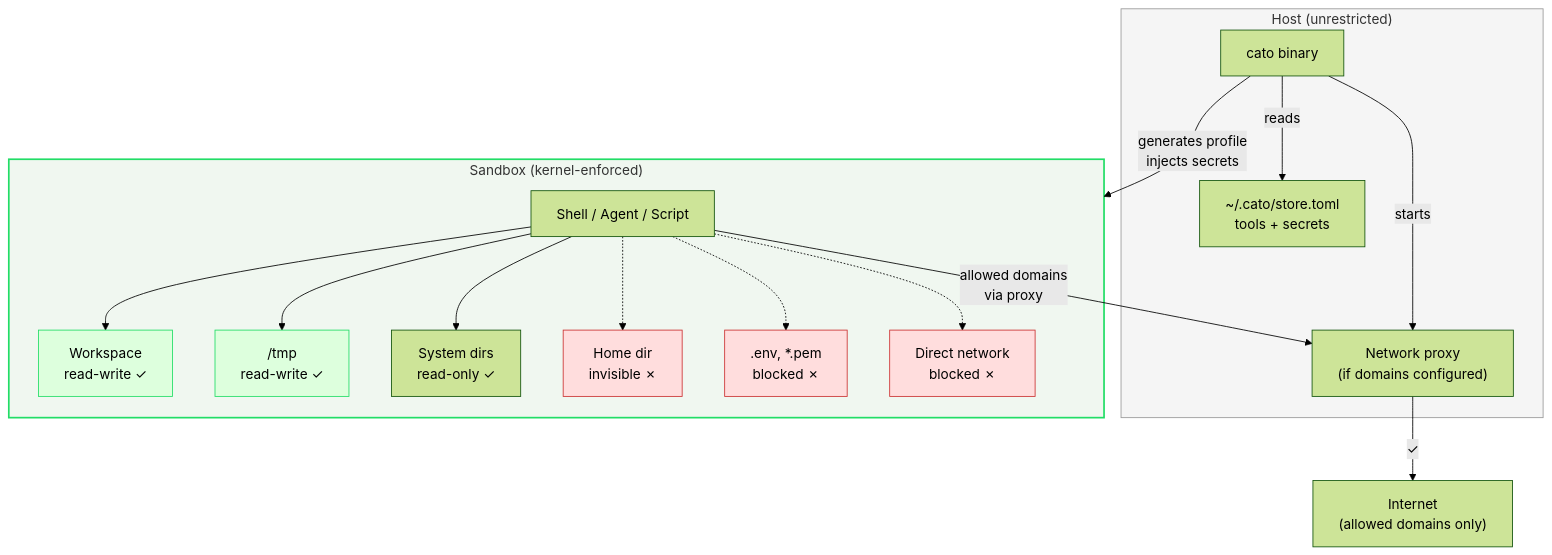
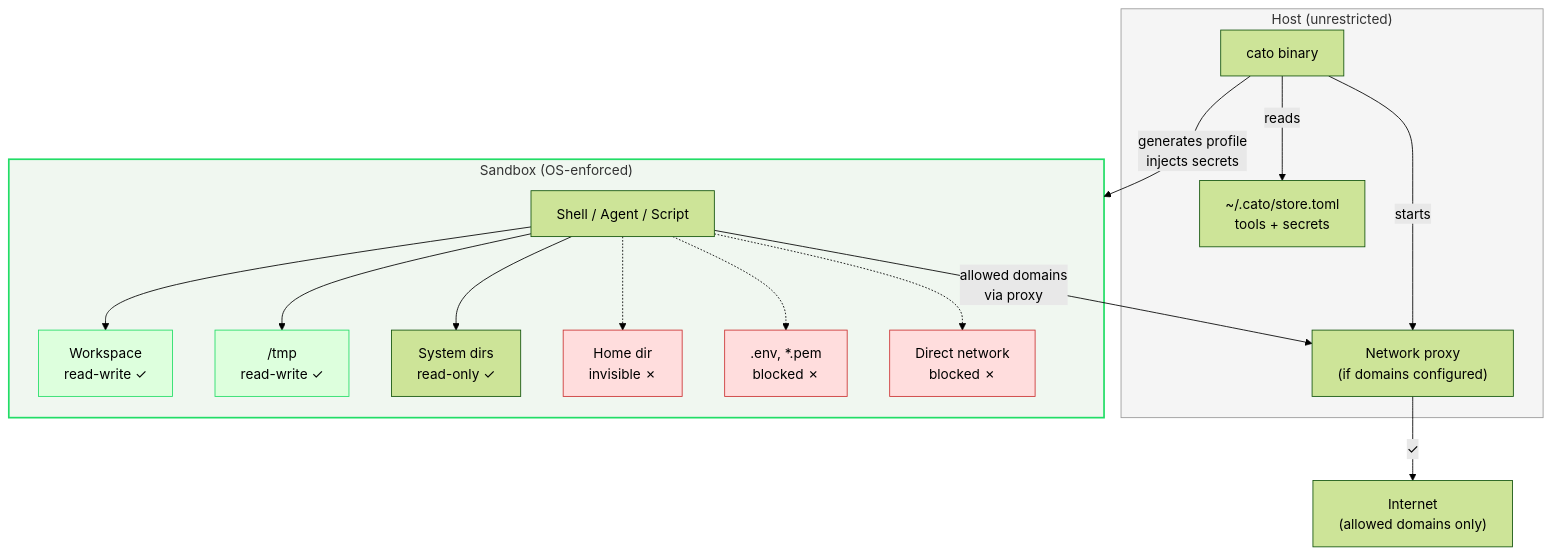
Before and after one commit to Harikrishnareddyl/cato: the third of 3 diagrams in README.md, drawn with Mermaid (forest theme). The commit also changed other lines of this file and 22 other files, not shown here.

````diff
--- a/README.md
+++ b/README.md
@@ -262,38 +264,38 @@
 ```mermaid
 graph TB
     subgraph Host ["Host (unrestricted)"]
         Store["~/.cato/store.toml\ntools + secrets"]
         Cato["cato binary"]
         Proxy["Network proxy\n(if domains configured)"]
     end
 
-    subgraph SB ["Sandbox (kernel-enforced)"]
+    subgraph SB ["Sandbox (OS-enforced)"]
         Shell["Shell / Agent / Script"]
         WS["Workspace\nread-write ✓"]
         Tmp["/tmp\nread-write ✓"]
         Sys["System dirs\nread-only ✓"]
         Home["Home dir\ninvisible ✗"]
         Secrets[".env, *.pem\nblocked ✗"]
         Net["Direct network\nblocked ✗"]
     end
 
     Cato -->|"reads"| Store
     Cato -->|"generates profile\ninjects secrets"| SB
     Cato -->|"starts"| Proxy
     Shell --> WS
     Shell --> Tmp
     Shell --> Sys
     Shell -.-> Home
     Shell -.-> Secrets
     Shell -.-> Net
     Shell -->|"allowed domains\nvia proxy"| Proxy
     Proxy -->|"✓"| Internet["Internet\n(allowed domains only)"]
 
     style SB fill:#f0f7f0,stroke:#2d6,stroke-width:2px
     style Host fill:#f5f5f5,stroke:#999
     style Home fill:#fdd,stroke:#c33
     style Secrets fill:#fdd,stroke:#c33
     style Net fill:#fdd,stroke:#c33
     style WS fill:#dfd,stroke:#2d6
     style Tmp fill:#dfd,stroke:#2d6
 ```
````
